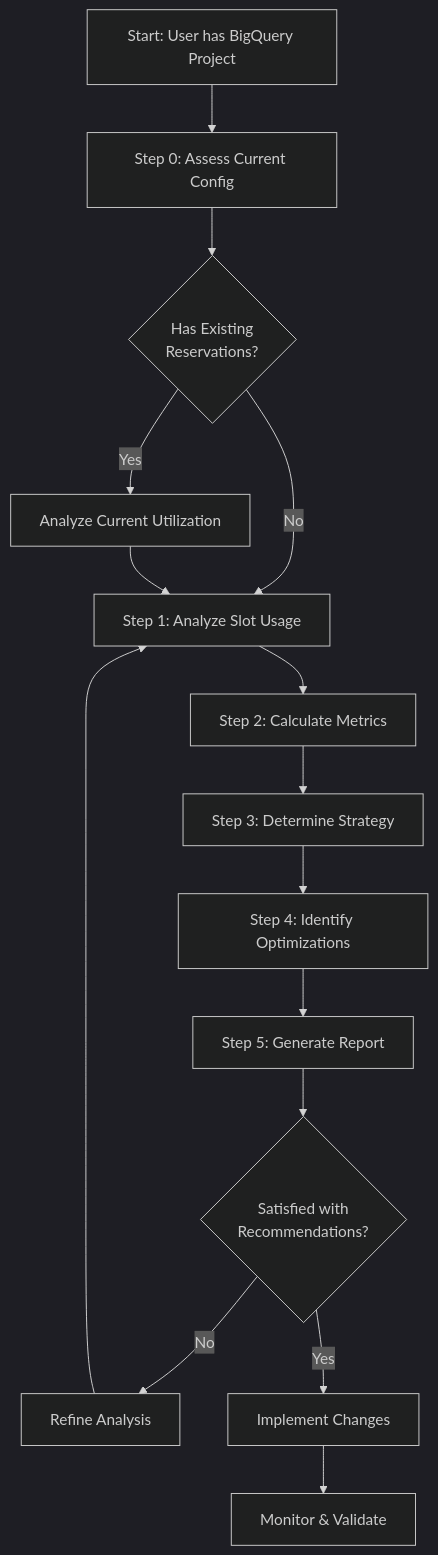
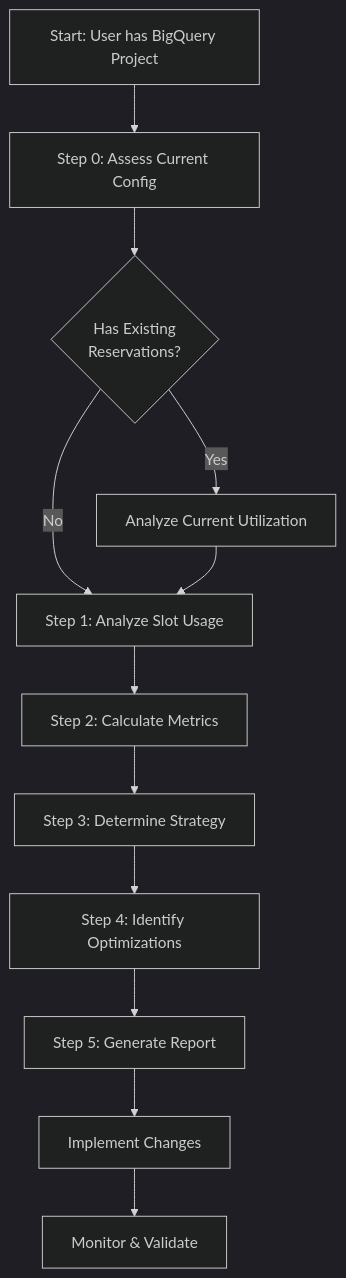
One commit to johanesalxd/random-stuff changed the first of 2 diagrams in bq_finops_cookbook/README.md. Above: the diagram before and after it, drawn with Mermaid (dark theme). The commit also changed other lines of this file, not shown here.

````diff
--- a/bq_finops_cookbook/README.md
+++ b/bq_finops_cookbook/README.md
@@ -79,17 +77,14 @@
 ```mermaid
 graph TD
     A[Start: User has BigQuery Project] --> B[Step 0: Assess Current Config]
     B --> C{Has Existing<br/>Reservations?}
     C -->|Yes| D[Analyze Current Utilization]
     C -->|No| E[Step 1: Analyze Slot Usage]
     D --> E
     E --> F[Step 2: Calculate Metrics]
     F --> G[Step 3: Determine Strategy]
     G --> H[Step 4: Identify Optimizations]
     H --> I[Step 5: Generate Report]
-    I --> J{Satisfied with<br/>Recommendations?}
-    J -->|No| K[Refine Analysis]
-    K --> E
-    J -->|Yes| L[Implement Changes]
-    L --> M[Monitor & Validate]
+    I --> J[Implement Changes]
+    J --> K[Monitor & Validate]
 ```
````
